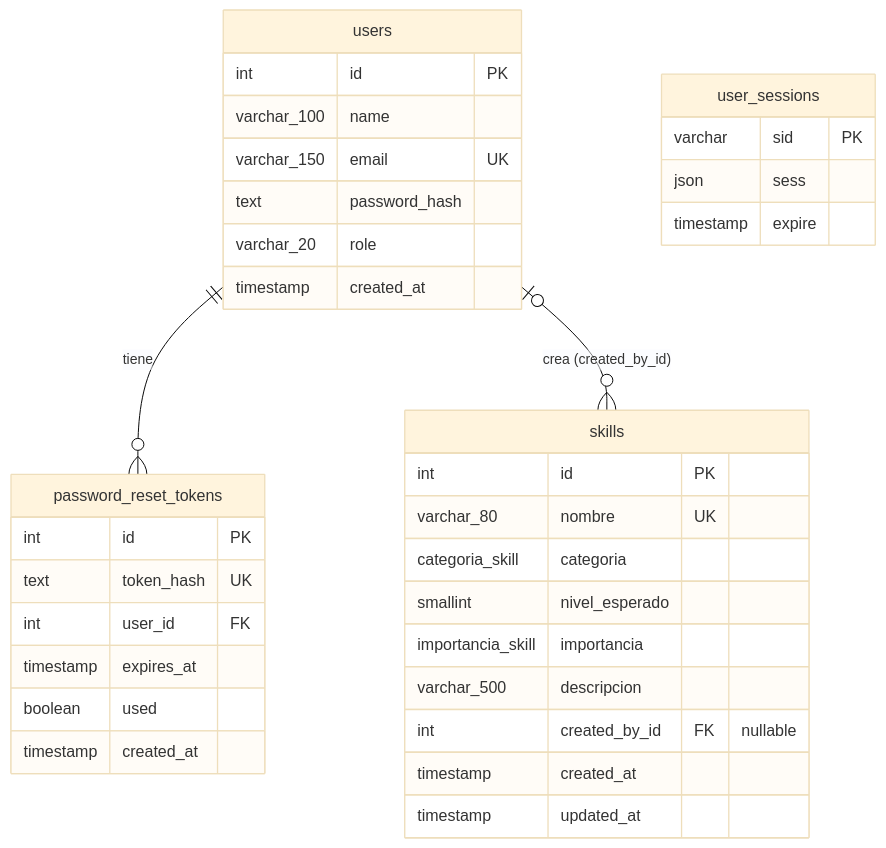
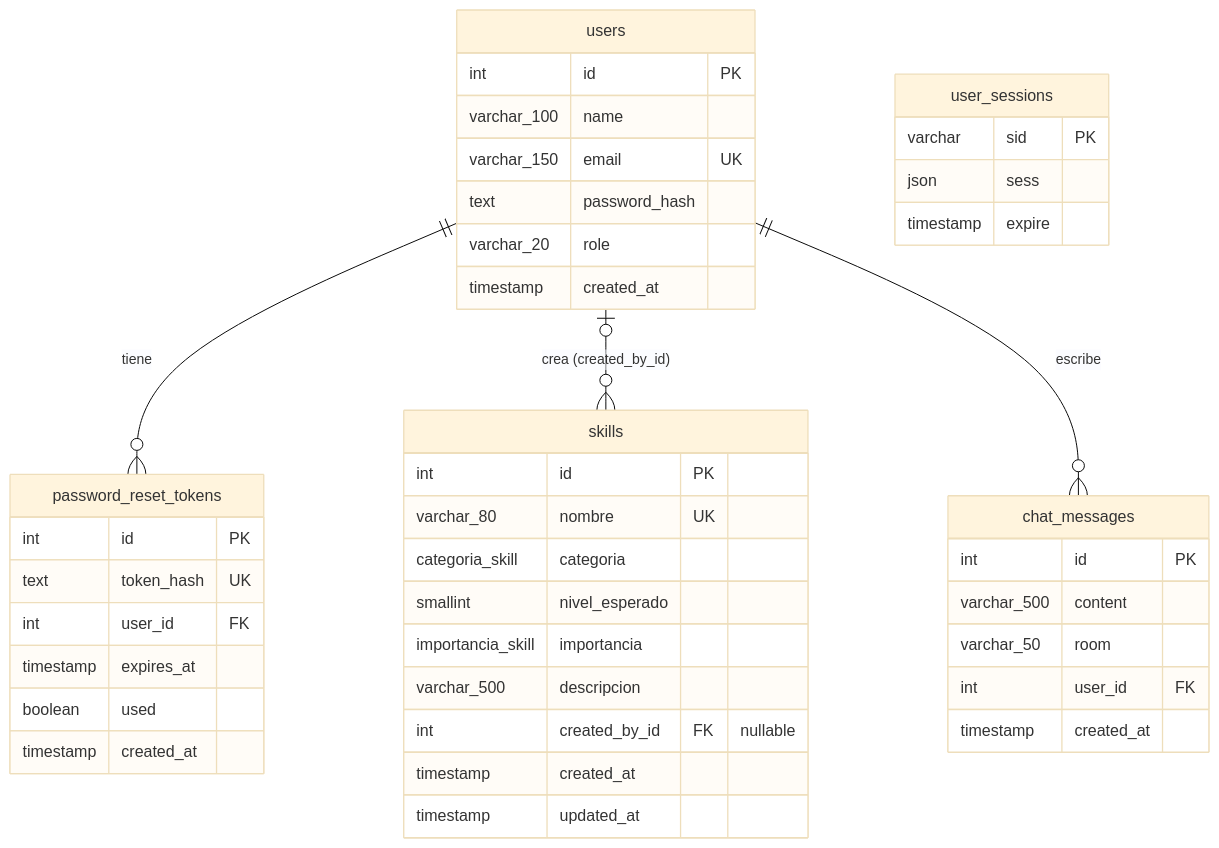
One commit to Jhairzp27/competency-hub changed the diagram in docs/base-de-datos.md. Above: the diagram before and after it, drawn with Mermaid (base theme). The commit also changed other lines of this file and 2 other files, not shown here.

First line of the commit message:
feat(db): modelo ChatMessage para el historial del chat

````diff
--- a/docs/base-de-datos.md
+++ b/docs/base-de-datos.md
@@ -9,38 +9,46 @@
 ```mermaid
 erDiagram
   users ||--o{ password_reset_tokens : "tiene"
   users |o--o{ skills : "crea (created_by_id)"
+  users ||--o{ chat_messages : "escribe"
 
   users {
     int id PK
     varchar_100 name
     varchar_150 email UK
     text password_hash
     varchar_20 role
     timestamp created_at
   }
   password_reset_tokens {
     int id PK
     text token_hash UK
     int user_id FK
     timestamp expires_at
     boolean used
     timestamp created_at
   }
   skills {
     int id PK
     varchar_80 nombre UK
     categoria_skill categoria
     smallint nivel_esperado
     importancia_skill importancia
     varchar_500 descripcion
     int created_by_id FK "nullable"
     timestamp created_at
     timestamp updated_at
   }
+  chat_messages {
+    int id PK
+    varchar_500 content
+    varchar_50 room
+    int user_id FK
+    timestamp created_at
+  }
   user_sessions {
     varchar sid PK
     json sess
     timestamp expire
   }
 ```
````
